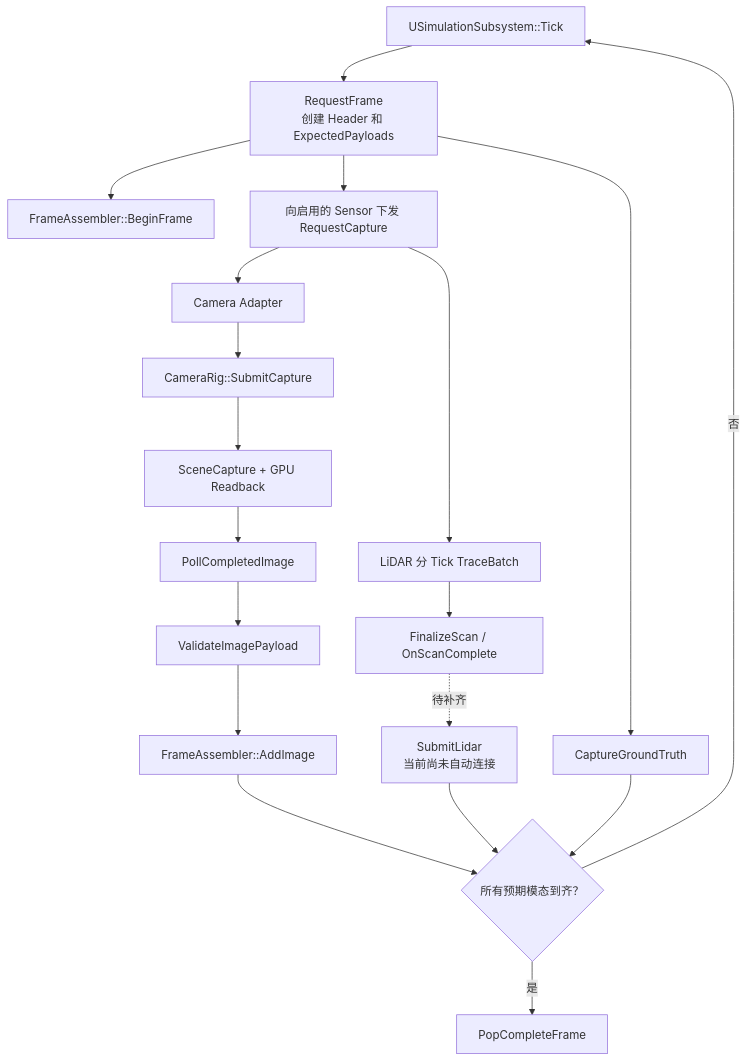
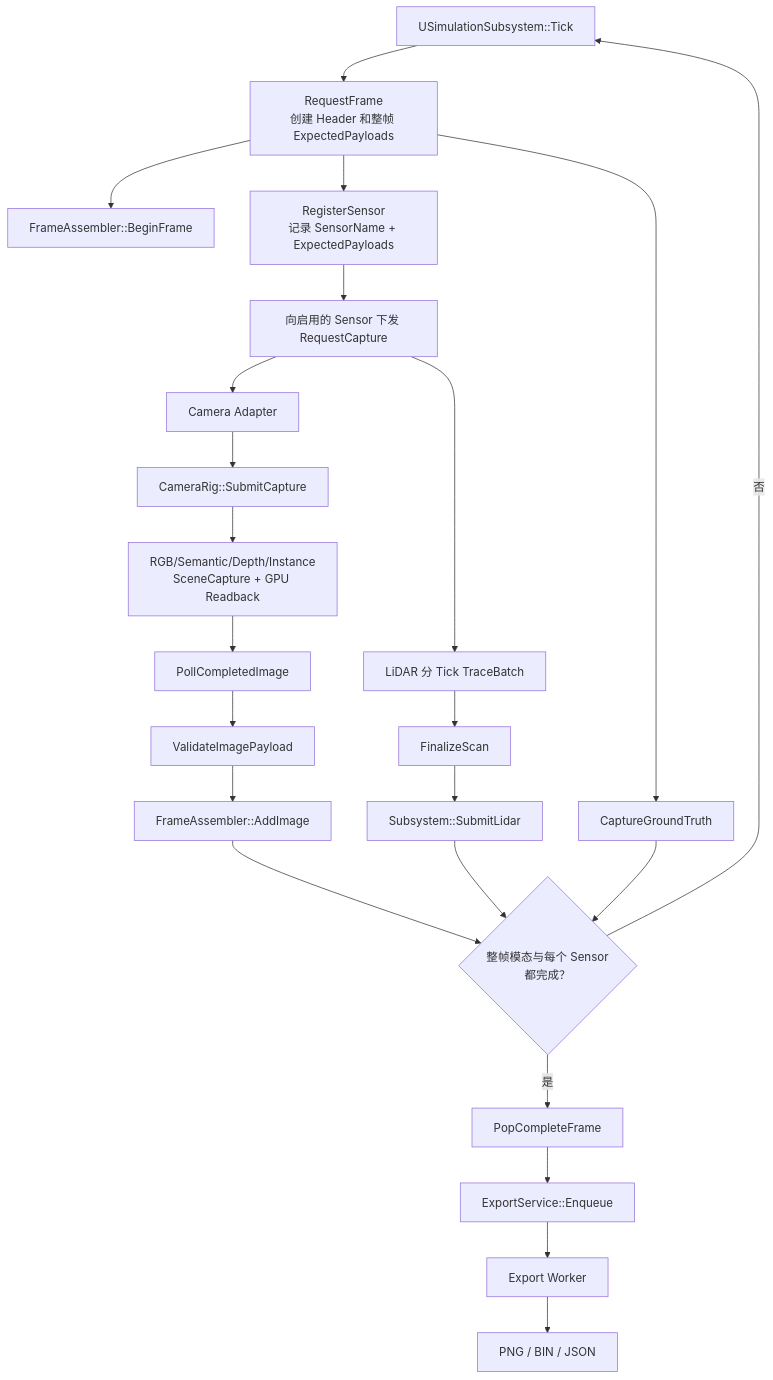
One commit to IceGodles/SensorSimulation changed the second of 9 diagrams in Plugins/SensorSimulation/Docs/CurrentArchitecture.md. Above: the diagram before and after it, drawn with Mermaid. The commit also changed other lines of this file and 71 other files, not shown here.

````diff
--- a/Plugins/SensorSimulation/Docs/CurrentArchitecture.md
+++ b/Plugins/SensorSimulation/Docs/CurrentArchitecture.md
@@ -55,31 +94,35 @@
 ```mermaid
 flowchart TD
     Tick["USimulationSubsystem::Tick"]
-    Request["RequestFrame<br/>创建 Header 和 ExpectedPayloads"]
+    Request["RequestFrame<br/>创建 Header 和整帧 ExpectedPayloads"]
     Begin["FrameAssembler::BeginFrame"]
     Truth["CaptureGroundTruth"]
+    Register["RegisterSensor<br/>记录 SensorName + ExpectedPayloads"]
     Sensors["向启用的 Sensor 下发 RequestCapture"]
 
     Camera["Camera Adapter"]
     Rig["CameraRig::SubmitCapture"]
-    GPU["SceneCapture + GPU Readback"]
+    GPU["RGB/Semantic/Depth/Instance<br/>SceneCapture + GPU Readback"]
     Image["PollCompletedImage"]
     Validate["ValidateImagePayload"]
     AddImage["FrameAssembler::AddImage"]
 
     Lidar["LiDAR 分 Tick TraceBatch"]
-    FinalLidar["FinalizeScan / OnScanComplete"]
-    SubmitLidar["SubmitLidar<br/>当前尚未自动连接"]
+    FinalLidar["FinalizeScan"]
+    SubmitLidar["Subsystem::SubmitLidar"]
 
-    Complete{"所有预期模态到齐？"}
+    Complete{"整帧模态与每个 Sensor<br/>都完成？"}
     Packet["PopCompleteFrame"]
+    ExportQueue["ExportService::Enqueue"]
+    Worker["Export Worker"]
+    Files["PNG / BIN / JSON"]
 
     Tick --> Request --> Begin
     Request --> Truth
-    Request --> Sensors
+    Request --> Register --> Sensors
     Sensors --> Camera --> Rig --> GPU --> Image --> Validate --> AddImage --> Complete
-    Sensors --> Lidar --> FinalLidar -.待补齐.-> SubmitLidar --> Complete
+    Sensors --> Lidar --> FinalLidar --> SubmitLidar --> Complete
     Truth --> Complete
-    Complete -->|是| Packet
+    Complete -->|是| Packet --> ExportQueue --> Worker --> Files
     Complete -->|否| Tick
 ```
````
